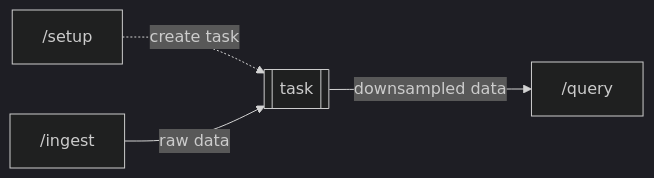
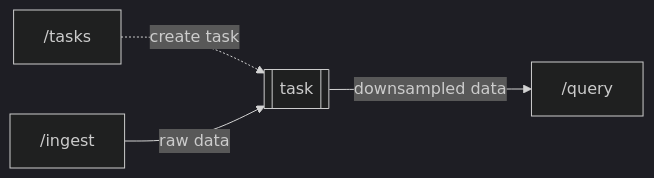
One commit to influxdata/nodejs-samples changed the diagram in README.md. Above: the diagram before and after it, drawn with Mermaid (dark theme). The commit also changed other lines of this file, not shown here.

````diff
--- a/README.md
+++ b/README.md
@@ -15,7 +15,7 @@
 ```mermaid
 flowchart LR
   task[[task]]
-  /setup-. create task .->task
+  /tasks-. create task .->task
   /ingest-- raw data -->task
   task-- downsampled data -->/query
 ```
````
